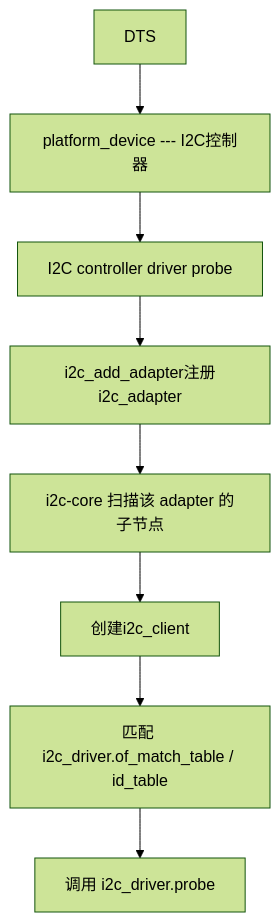
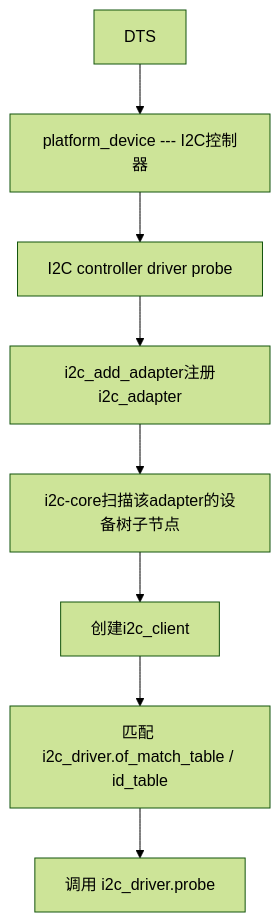
The diagram in 正点原子/驱动开发/012 I2C驱动.md (tade25/Linux), drawn with Mermaid (forest theme) before and after one commit. The commit also changed other lines of this file, not shown here.

````diff
--- a/正点原子/驱动开发/012 I2C驱动.md
+++ b/正点原子/驱动开发/012 I2C驱动.md
@@ -22,10 +22,10 @@
 ```mermaid
 graph TD
 A[DTS] --> B[platform_device --- I2C控制器]
 B[platform_device --- I2C控制器] --> C[I2C controller driver probe]
 C[I2C controller driver probe] --> D[i2c_add_adapter注册i2c_adapter]
 D[i2c_add_adapter注册i2c_adapter] --> E[i2c-core 扫描该 adapter 的子节点]
-E[i2c-core 扫描该 adapter 的子节点] --> F[创建i2c_client]
+E[i2c-core扫描该adapter的设备树子节点] --> F[创建i2c_client]
 F[创建i2c_client] --> G[匹配 i2c_driver.of_match_table / id_table]
 G[匹配 i2c_driver.of_match_table / id_table] --> H[调用 i2c_driver.probe]
 ```
````
